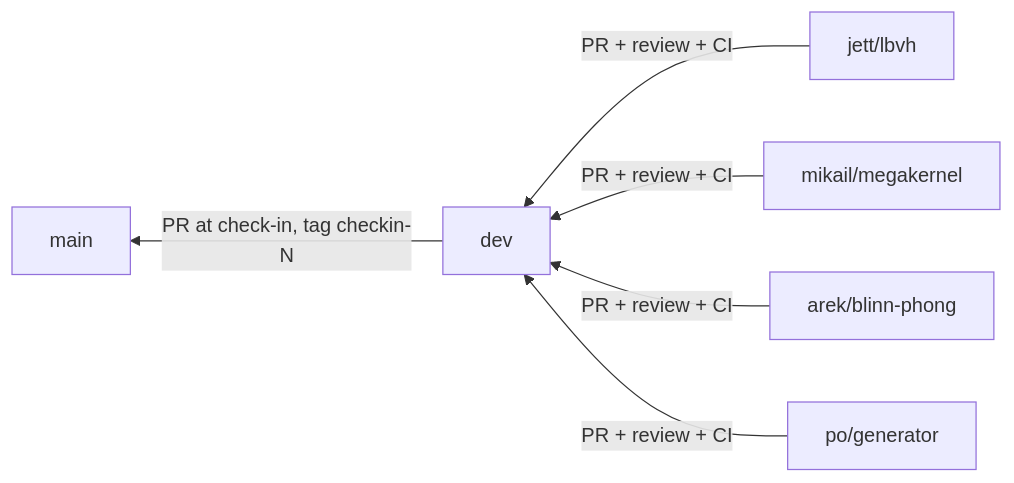
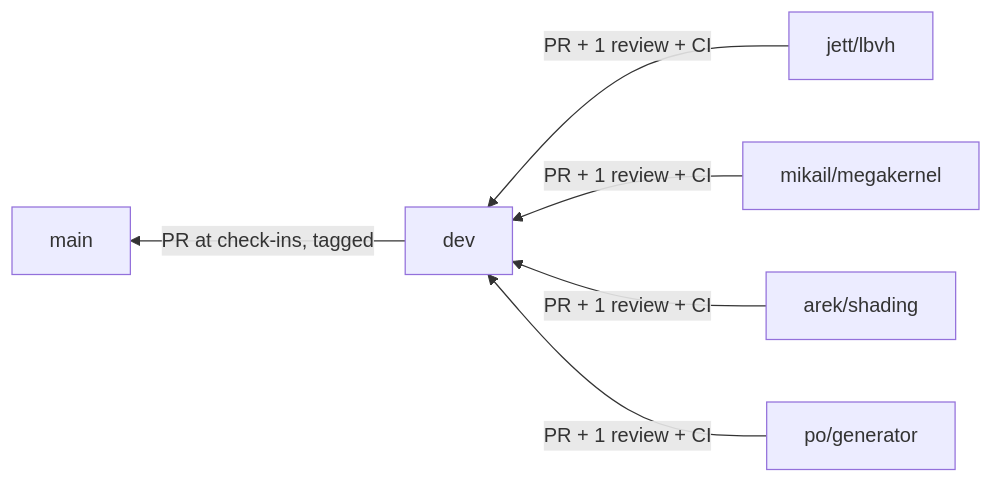
Before and after one commit to Mikail-Sadic-UT/Ray-Tracer: the diagram in docs/WORKFLOW.md, drawn with Mermaid. The commit also changed other lines of this file and 11 other files, not shown here.

````diff
--- a/docs/WORKFLOW.md
+++ b/docs/WORKFLOW.md
@@ -7,8 +7,8 @@
 ```mermaid
 flowchart RL
-  J["jett/lbvh"] -->|PR + review + CI| D[dev]
-  M["mikail/megakernel"] -->|PR + review + CI| D
-  A["arek/blinn-phong"] -->|PR + review + CI| D
-  P["po/generator"] -->|PR + review + CI| D
-  D -->|PR at check-in, tag checkin-N| MAIN[main]
+  J["jett/lbvh"] -->|PR + 1 review + CI| D[dev]
+  M["mikail/megakernel"] -->|PR + 1 review + CI| D
+  A["arek/shading"] -->|PR + 1 review + CI| D
+  P["po/generator"] -->|PR + 1 review + CI| D
+  D -->|PR at check-ins, tagged| MAIN[main]
 ```
````
